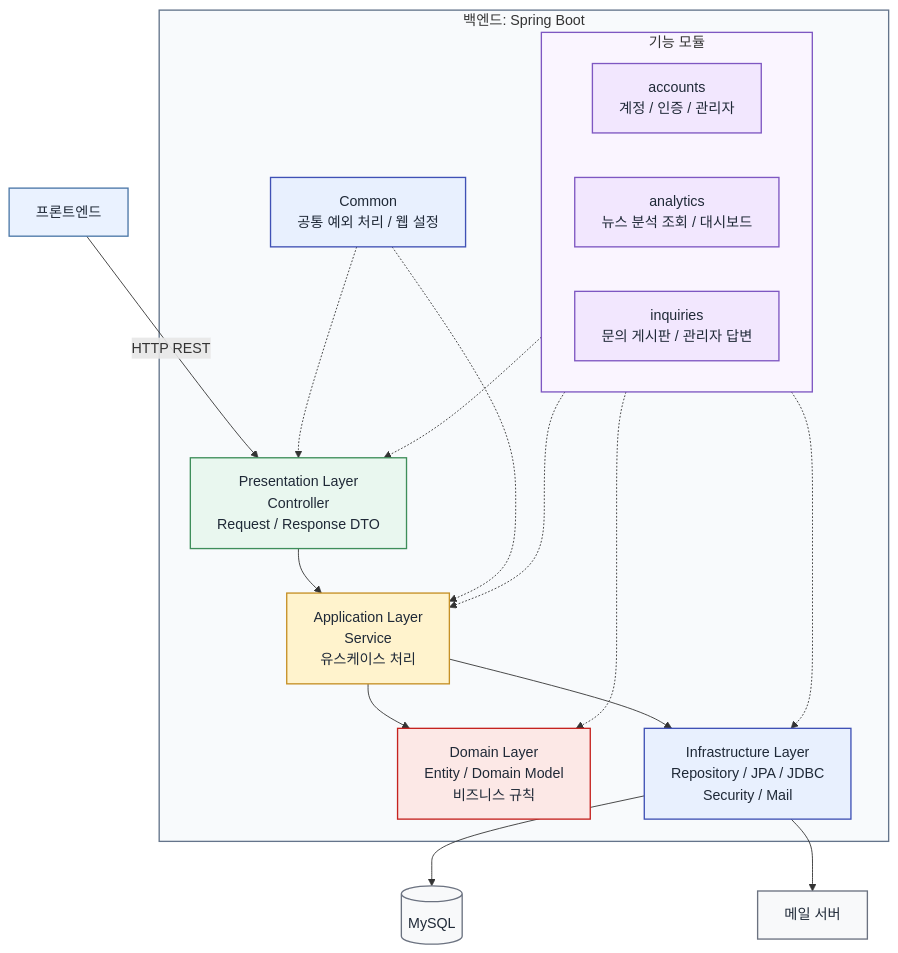
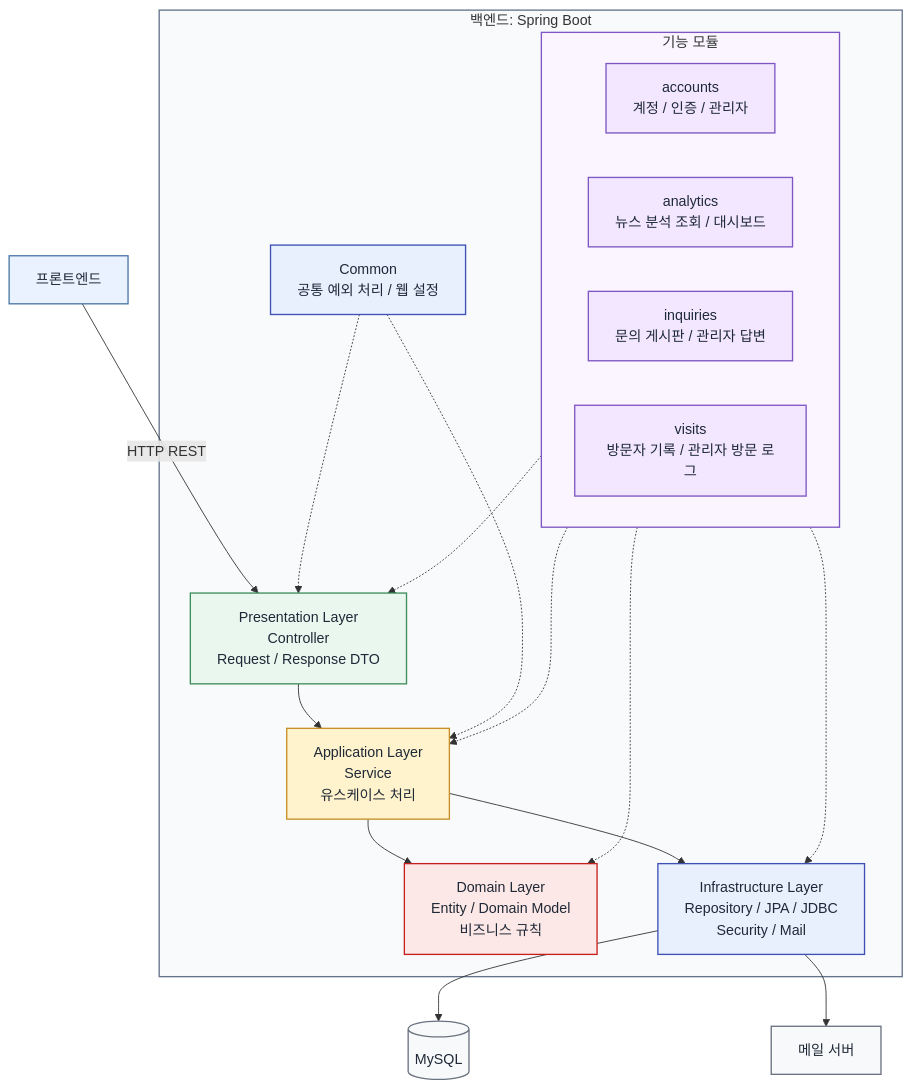
Before and after one commit to sssat/graduation-project: the second of 5 diagrams in docs/architecture-draft.md, drawn with Mermaid. The commit also changed other lines of this file and 1 other file, not shown here.

````diff
--- a/docs/architecture-draft.md
+++ b/docs/architecture-draft.md
@@ -64,52 +72,53 @@
 ```mermaid
 flowchart TB
   Client["프론트엔드"]
 
   subgraph Backend["백엔드: Spring Boot"]
     subgraph FeatureModules["기능 모듈"]
       Accounts["accounts<br/>계정 / 인증 / 관리자"]
       Analytics["analytics<br/>뉴스 분석 조회 / 대시보드"]
       Inquiries["inquiries<br/>문의 게시판 / 관리자 답변"]
+      Visits["visits<br/>방문자 기록 / 관리자 방문 로그"]
     end
 
     Presentation["Presentation Layer<br/>Controller<br/>Request / Response DTO"]
     Application["Application Layer<br/>Service<br/>유스케이스 처리"]
     Domain["Domain Layer<br/>Entity / Domain Model<br/>비즈니스 규칙"]
     Infrastructure["Infrastructure Layer<br/>Repository / JPA / JDBC<br/>Security / Mail"]
     Common["Common<br/>공통 예외 처리 / 웹 설정"]
   end
 
   DB[("MySQL")]
   Mail["메일 서버"]
 
   Client -->|"HTTP REST"| Presentation
   FeatureModules -.-> Presentation
   FeatureModules -.-> Application
   FeatureModules -.-> Domain
   FeatureModules -.-> Infrastructure
 
   Presentation --> Application
   Application --> Domain
   Application --> Infrastructure
   Infrastructure --> DB
   Infrastructure --> Mail
   Common -.-> Presentation
   Common -.-> Application
 
   classDef client fill:#EAF2FF,stroke:#4C78A8,color:#1F2937,stroke-width:1.5px
   classDef module fill:#F2E7FE,stroke:#7E57C2,color:#1F2937,stroke-width:1.5px
   classDef presentation fill:#E9F7EF,stroke:#3E8E5A,color:#1F2937,stroke-width:1.5px
   classDef application fill:#FFF3CD,stroke:#C69026,color:#1F2937,stroke-width:1.5px
   classDef domain fill:#FCE8E6,stroke:#C5221F,color:#1F2937,stroke-width:1.5px
   classDef infra fill:#E8F0FE,stroke:#3F51B5,color:#1F2937,stroke-width:1.5px
   classDef external fill:#F8F9FA,stroke:#6B7280,color:#1F2937,stroke-width:1.5px
   class Client client
-  class Accounts,Analytics,Inquiries module
+  class Accounts,Analytics,Inquiries,Visits module
   class Presentation presentation
   class Application application
   class Domain domain
   class Infrastructure,Common infra
   class DB,Mail external
   style Backend fill:#F8FAFC,stroke:#64748B,stroke-width:1.5px
   style FeatureModules fill:#FAF5FF,stroke:#7E57C2,stroke-width:1.5px
 ```
````
